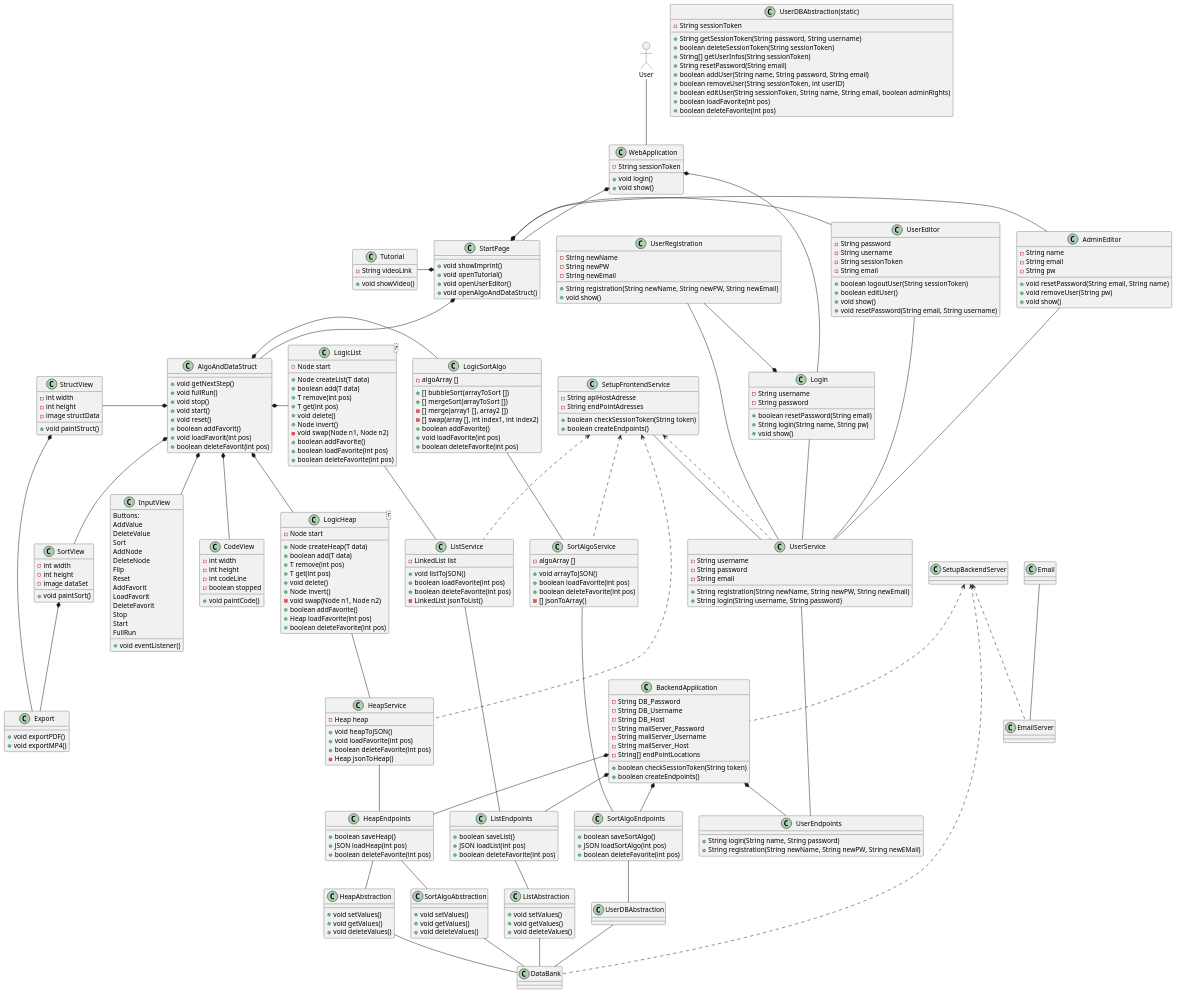
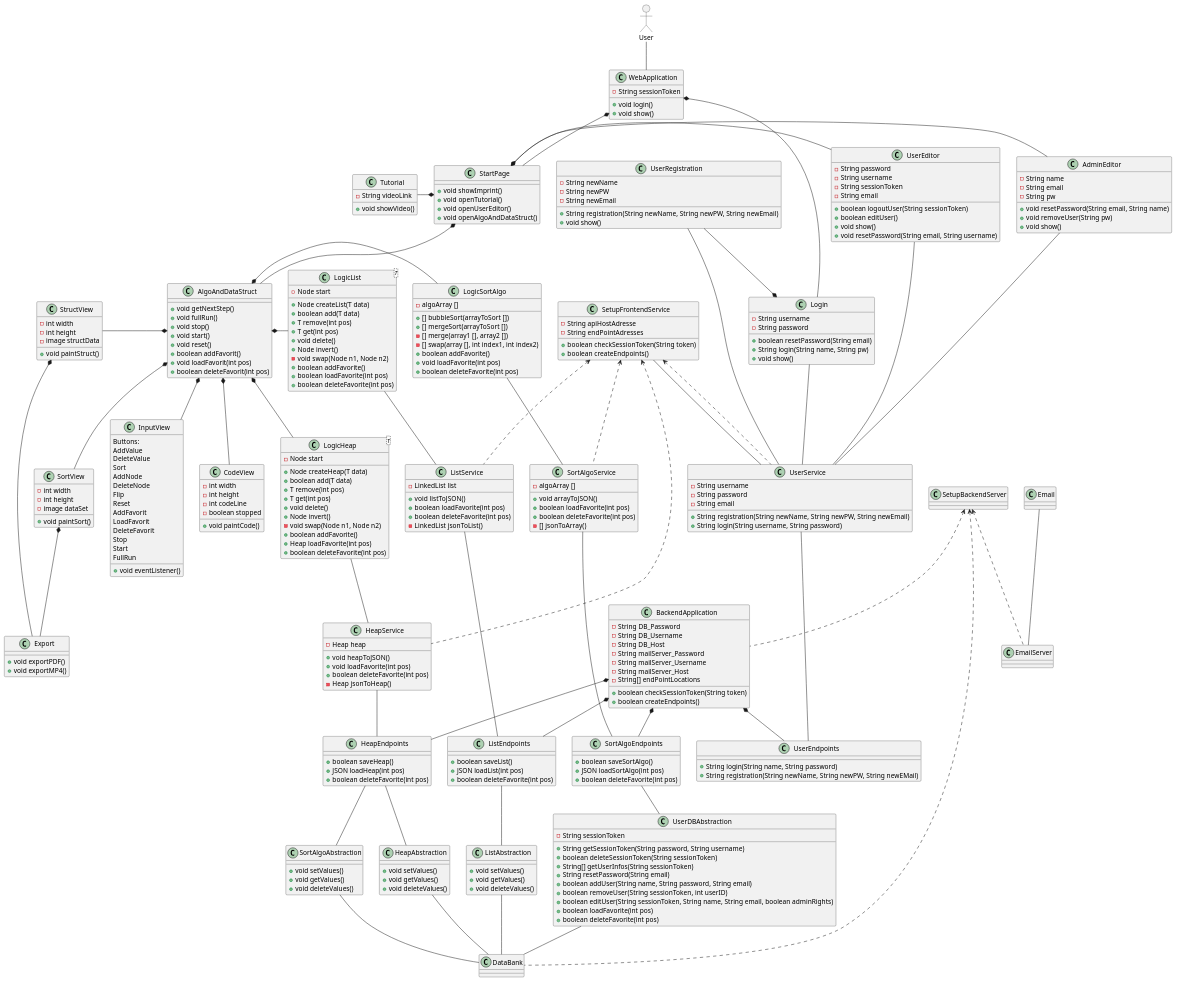
One commit to schmidti2002/Softwarepraktikum changed the diagram in Meilensteine/Meilenstein_03/Visual.puml. Above: the diagram before and after it, drawn with PlantUML.

```diff
--- a/Meilensteine/Meilenstein_03/Visual.puml
+++ b/Meilensteine/Meilenstein_03/Visual.puml
@@ -254,7 +254,7 @@
   +boolean deleteFavorite(int pos)
 }
 
-class UserDBAbstraction(static) {
+static class UserDBAbstraction {
   -String sessionToken
 
   +String getSessionToken(String password, String username)
```
